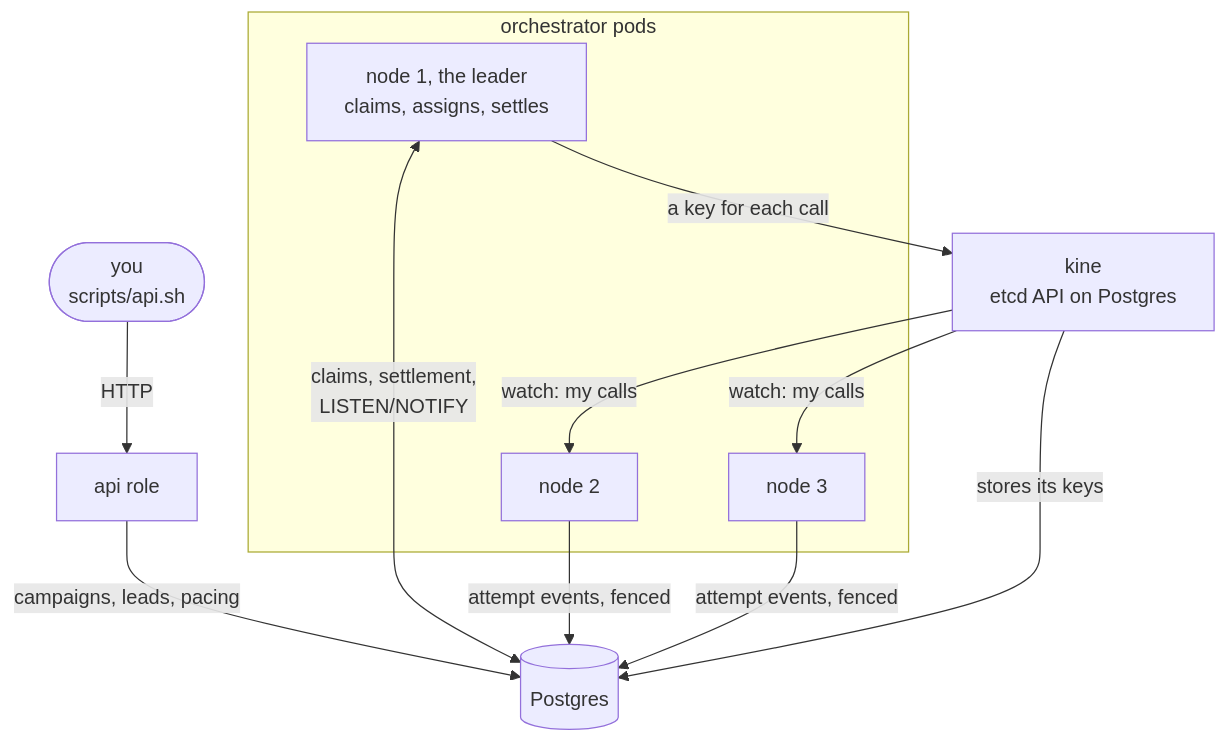
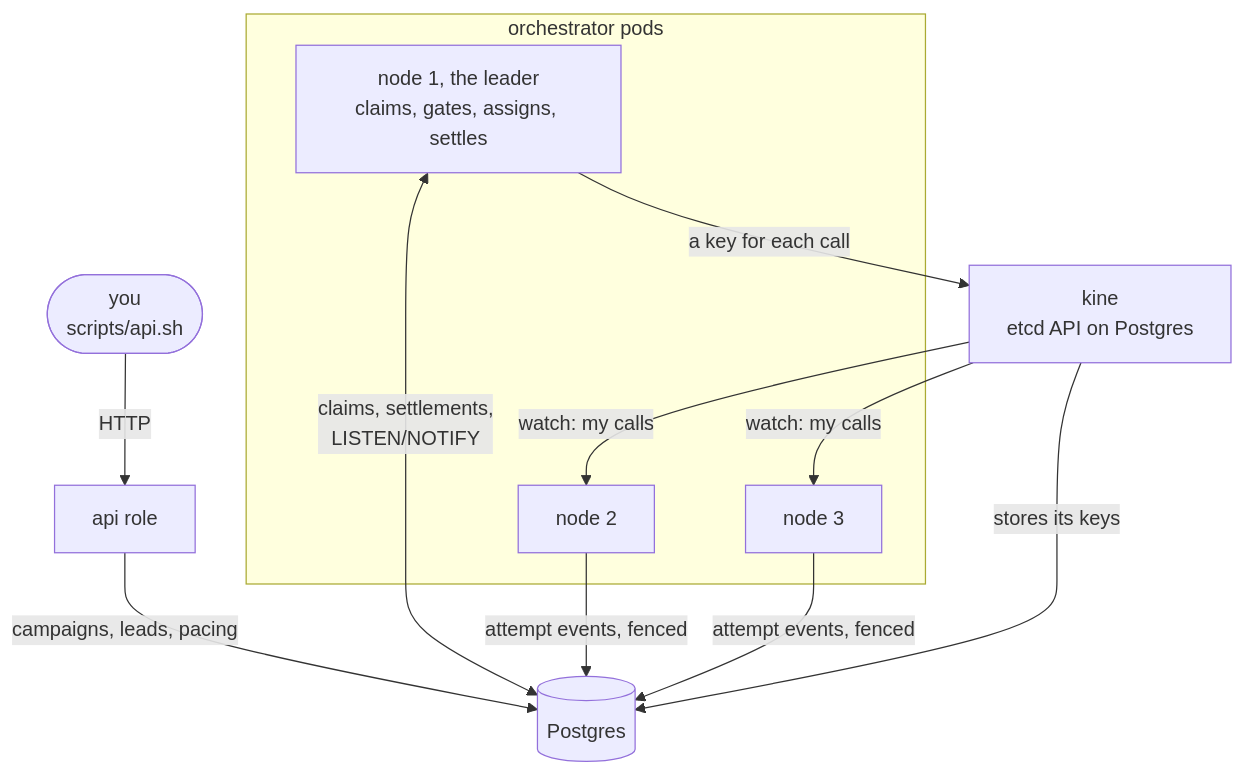
Before and after one commit to sandys/swarmpbx: the third of 9 diagrams in README.md, drawn with Mermaid. The commit also changed other lines of this file and 151 other files, not shown here.

````diff
--- a/README.md
+++ b/README.md
@@ -93,17 +149,17 @@
 ```mermaid
 flowchart TB
     you(["you<br/>scripts/api.sh"]) -->|HTTP| api["api role"]
     api -->|"campaigns, leads, pacing"| pg[("Postgres")]
     subgraph orch["orchestrator pods"]
-        leader["node 1, the leader<br/>claims, assigns, settles"]
+        leader["node 1, the leader<br/>claims, gates, assigns, settles"]
         node2["node 2"]
         node3["node 3"]
     end
-    leader <-->|"claims, settlement,<br/>LISTEN/NOTIFY"| pg
+    leader <-->|"claims, settlements,<br/>LISTEN/NOTIFY"| pg
     leader -->|"a key for each call"| kine["kine<br/>etcd API on Postgres"]
     kine -->|"watch: my calls"| node2
     kine -->|"watch: my calls"| node3
     node2 -->|"attempt events, fenced"| pg
     node3 -->|"attempt events, fenced"| pg
     kine -->|"stores its keys"| pg
 ```
````
